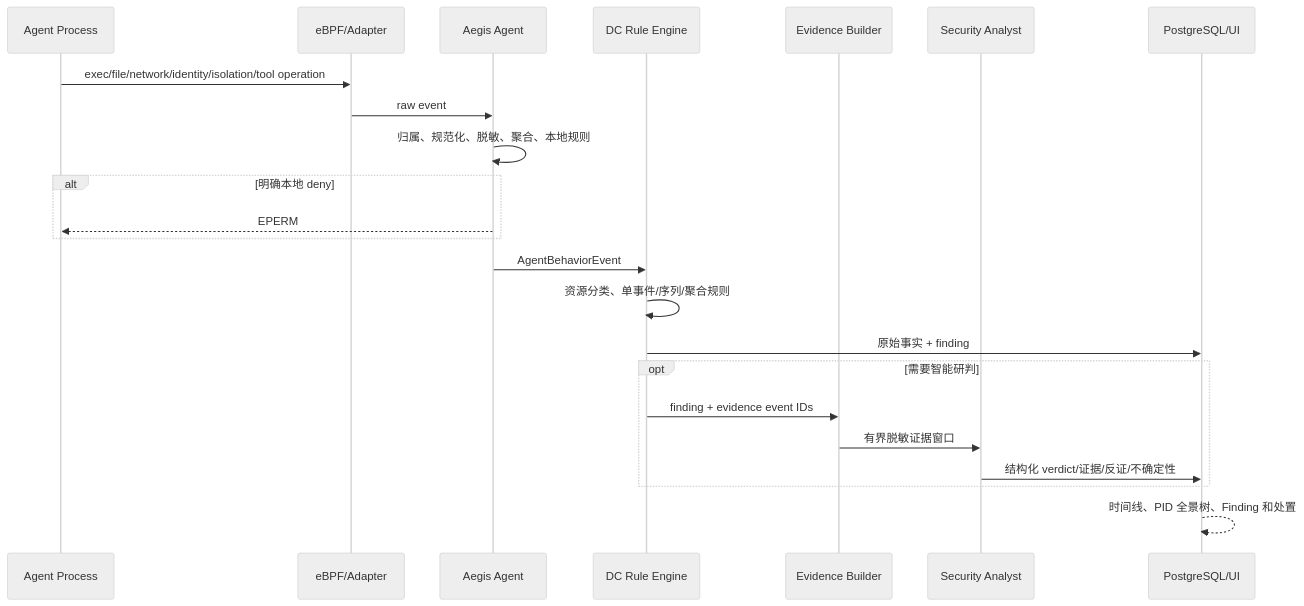
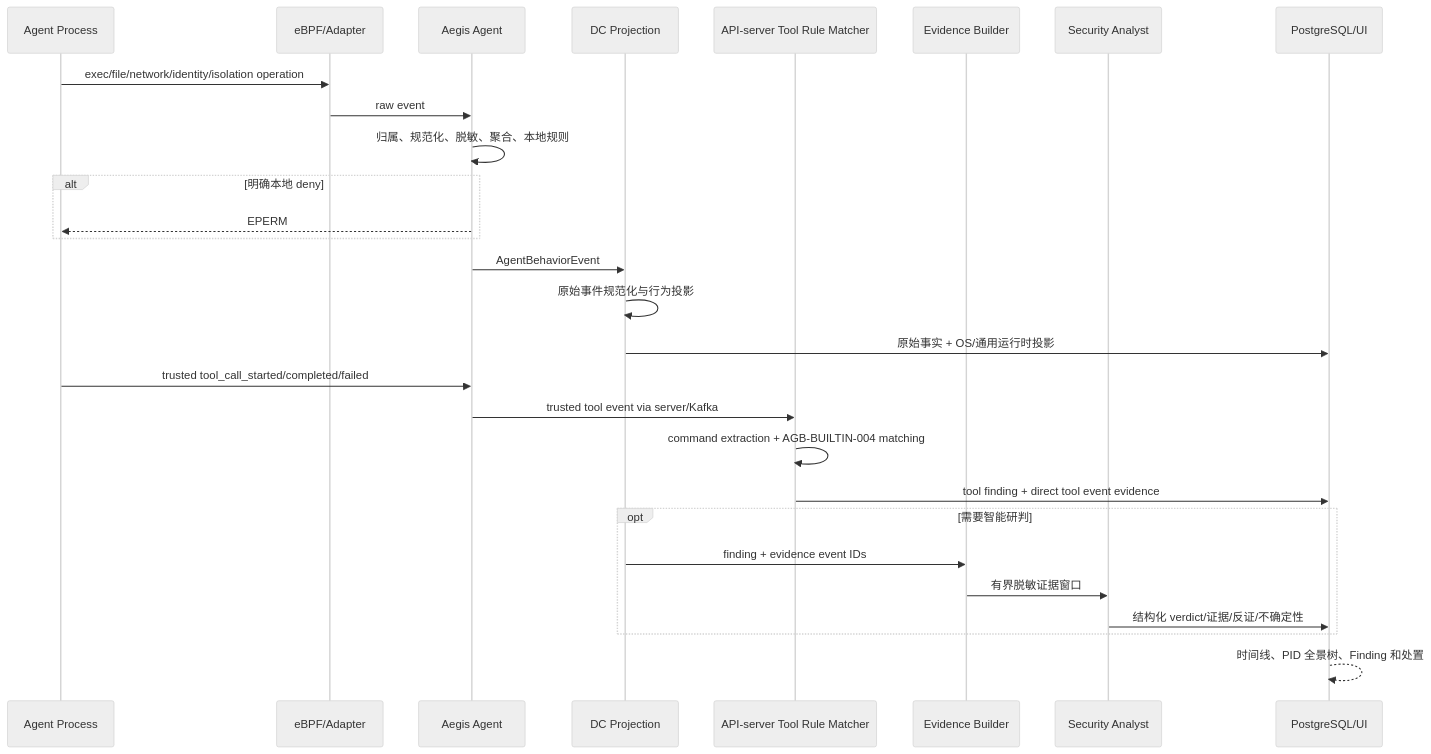
One commit to alex-chenc/aegis changed the second of 4 diagrams in docs/aegis_system_design_v6.2/overall_architecture_design_v6.2.md. Above: the diagram before and after it, drawn with Mermaid (neutral theme). The commit also changed other lines of this file and 138 other files, not shown here.

````diff
--- a/docs/aegis_system_design_v6.2/overall_architecture_design_v6.2.md
+++ b/docs/aegis_system_design_v6.2/overall_architecture_design_v6.2.md
@@ -245,26 +253,31 @@
 ```mermaid
 sequenceDiagram
   participant P as Agent Process
   participant E as eBPF/Adapter
   participant A as Aegis Agent
-  participant D as DC Rule Engine
+  participant D as DC Projection
+  participant M as API-server Tool Rule Matcher
   participant W as Evidence Builder
   participant AI as Security Analyst
   participant DB as PostgreSQL/UI
 
-  P->>E: exec/file/network/identity/isolation/tool operation
+  P->>E: exec/file/network/identity/isolation operation
   E->>A: raw event
   A->>A: 归属、规范化、脱敏、聚合、本地规则
   alt 明确本地 deny
     A-->>P: EPERM
   end
   A->>D: AgentBehaviorEvent
-  D->>D: 资源分类、单事件/序列/聚合规则
-  D->>DB: 原始事实 + finding
+  D->>D: 原始事件规范化与行为投影
+  D->>DB: 原始事实 + OS/通用运行时投影
+  P->>A: trusted tool_call_started/completed/failed
+  A->>M: trusted tool event via server/Kafka
+  M->>M: command extraction + AGB-BUILTIN-004 matching
+  M->>DB: tool finding + direct tool event evidence
   opt 需要智能研判
     D->>W: finding + evidence event IDs
     W->>AI: 有界脱敏证据窗口
     AI->>DB: 结构化 verdict/证据/反证/不确定性
   end
   DB-->>DB: 时间线、PID 全景树、Finding 和处置
 ```
````
